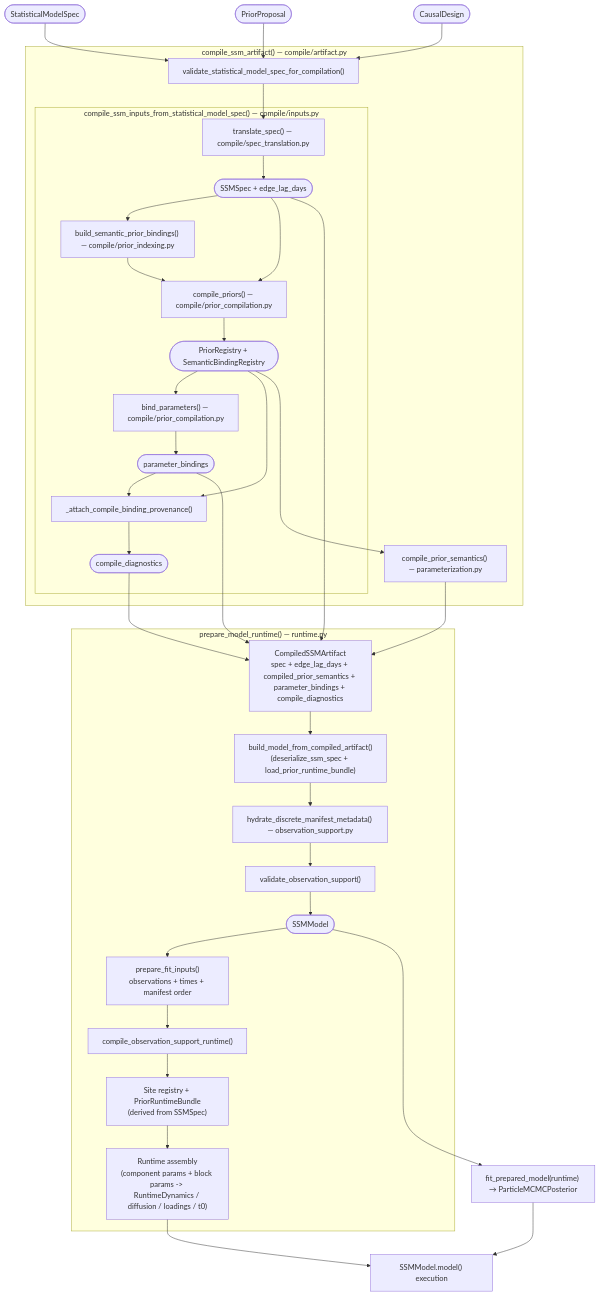
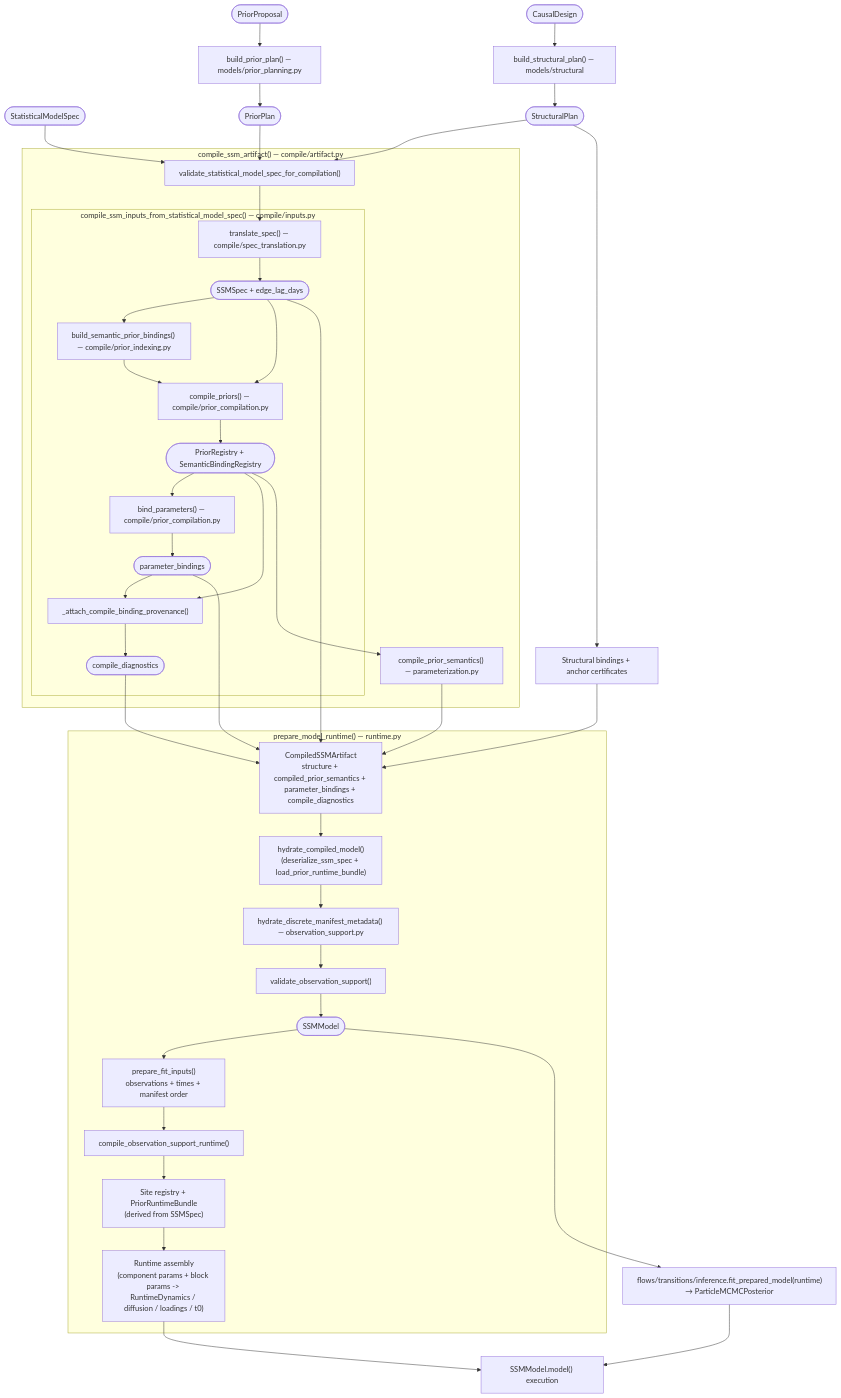
Before and after one commit to ma9o/causal-ssm-agent: the first of 2 diagrams in docs/reference/compilation.md, drawn with Mermaid. The commit also changed other lines of this file and 240 other files, not shown here.

Commit message:
Refactor SSM compilation around structural plans

````diff
--- a/docs/reference/compilation.md
+++ b/docs/reference/compilation.md
@@ -5,54 +5,63 @@
 ```mermaid
 graph TD
     StatisticalModelSpec(["StatisticalModelSpec"])
     PriorProposal(["PriorProposal"])
+    PriorPlan(["PriorPlan"])
     CausalDesign(["CausalDesign"])
+    StructuralPlan(["StructuralPlan"])
 
-    StatisticalModelSpec & PriorProposal & CausalDesign --> validate
+    CausalDesign --> plan["build_structural_plan() — models/structural"]
+    plan --> StructuralPlan
+    PriorProposal --> prior_plan["build_prior_plan() — models/prior_planning.py"]
+    prior_plan --> PriorPlan
+    StatisticalModelSpec & PriorPlan & StructuralPlan --> validate
 
     subgraph compile_ssm_artifact ["compile_ssm_artifact() — compile/artifact.py"]
         validate["validate_statistical_model_spec_for_compilation()"]
         validate --> translate
 
         subgraph compile_statistical_model_spec ["compile_ssm_inputs_from_statistical_model_spec() — compile/inputs.py"]
             translate["translate_spec() — compile/spec_translation.py"]
             translate --> translate_out(["SSMSpec + edge_lag_days"])
             translate_out --> prior_idx["build_semantic_prior_bindings() — compile/prior_indexing.py"]
             prior_idx --> priors["compile_priors() — compile/prior_compilation.py"]
             translate_out --> priors
             priors --> priors_out(["PriorRegistry + SemanticBindingRegistry"])
             priors_out --> bind["bind_parameters() — compile/prior_compilation.py"]
             bind --> bind_out(["parameter_bindings"])
             priors_out --> attach_diag["_attach_compile_binding_provenance()"]
             bind_out --> attach_diag
             attach_diag --> diag_out(["compile_diagnostics"])
         end
 
         priors_out --> prior_sem["compile_prior_semantics() — parameterization.py"]
     end
 
     translate_out --> artifact
     prior_sem --> artifact
     bind_out --> artifact
     diag_out --> artifact
-    artifact["CompiledSSMArtifact\nspec + edge_lag_days + compiled_prior_semantics + parameter_bindings + compile_diagnostics"]
+    StructuralPlan --> closure["Structural bindings + anchor certificates"]
+    closure --> artifact
+    artifact["CompiledSSMArtifact\nstructure + compiled_prior_semantics + parameter_bindings + compile_diagnostics"]
 
     subgraph prepare_model_runtime ["prepare_model_runtime() — runtime.py"]
-        artifact --> model_ctor["build_model_from_compiled_artifact()\n(deserialize_ssm_spec + load_prior_runtime_bundle)"]
+        artifact --> model_ctor["hydrate_compiled_model()\n(deserialize_ssm_spec + load_prior_runtime_bundle)"]
         model_ctor --> hydrate["hydrate_discrete_manifest_metadata() — observation_support.py"]
         hydrate --> validate_obs["validate_observation_support()"]
         validate_obs --> ssm_model(["SSMModel"])
         ssm_model --> arrays["prepare_fit_inputs()\nobservations + times + manifest order"]
         arrays --> support["compile_observation_support_runtime()"]
         support --> registry["Site registry + PriorRuntimeBundle\n(derived from SSMSpec)"]
         registry --> assemble["Runtime assembly\n(component params + block params -> RuntimeDynamics / diffusion / loadings / t0)"]
     end
 
-    ssm_model --> fit["fit_prepared_model(runtime) → ParticleMCMCPosterior"]
+    ssm_model --> fit["flows/transitions/inference.fit_prepared_model(runtime)\n→ ParticleMCMCPosterior"]
     fit --> execute["SSMModel.model() execution"]
     assemble --> execute
 
     click StatisticalModelSpec "../pipeline/statistical-model-spec.md#statisticalmodelspec"
     click PriorProposal "../pipeline/statistical-model-spec.md#priorproposal"
     click CausalDesign "../pipeline/measurement-structure.md#causaldesign"
+    click StructuralPlan "../pipeline/measurement-structure.md#structuralplan"
 ```
````
